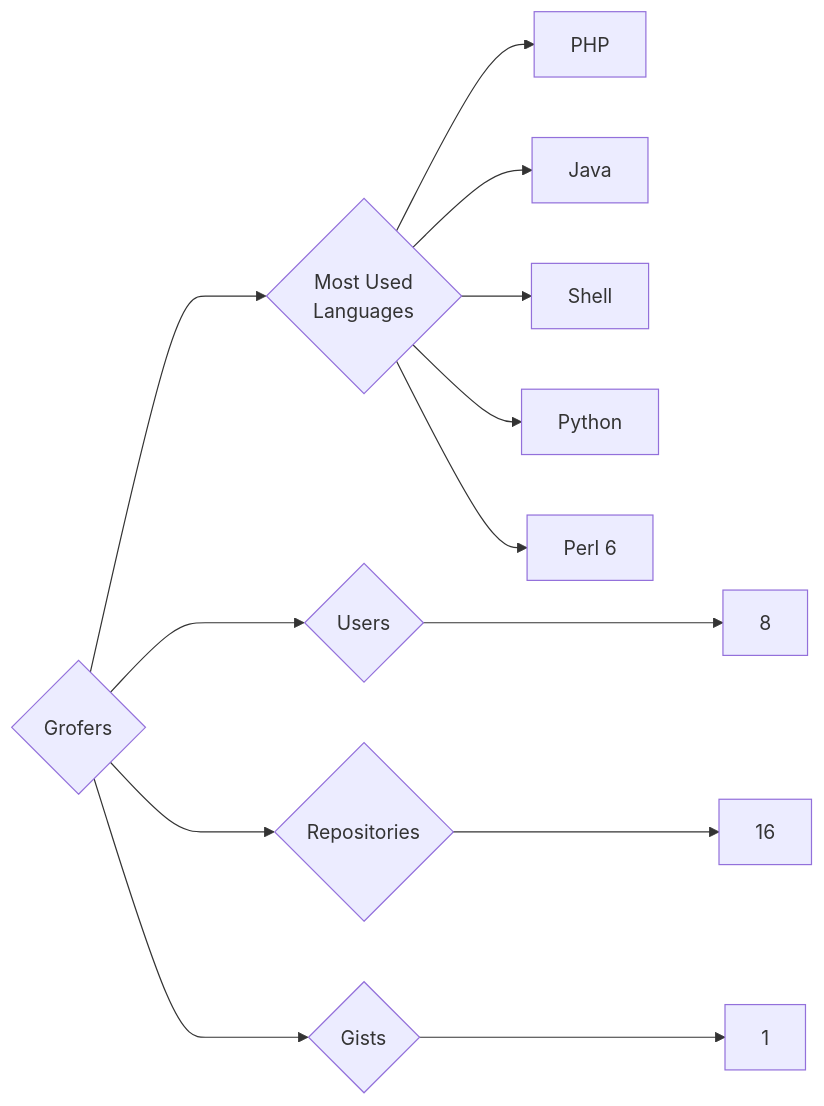
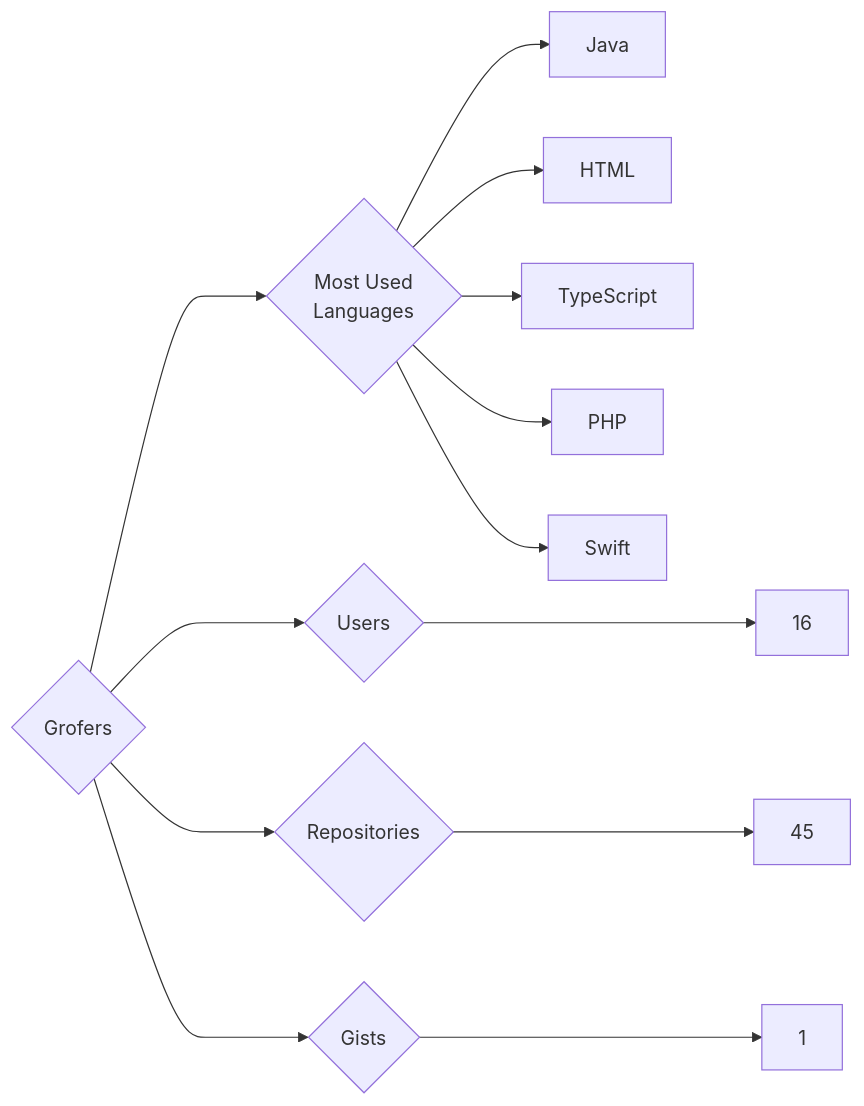
The diagram in targets/Grofers/README.md (trickest/insiders), drawn with Mermaid before and after one commit. The commit also changed 1088 other files, not shown here.

````diff
--- a/targets/Grofers/README.md
+++ b/targets/Grofers/README.md
@@ -3,13 +3,13 @@
 ```mermaid
 graph LR
 COMPANY_NAME{Grofers}
-COMPANY_NAME ---> U{Users} ---> UN[8]
-COMPANY_NAME ---> R{Repositories} ---> RN[16]
+COMPANY_NAME ---> U{Users} ---> UN[16]
+COMPANY_NAME ---> R{Repositories} ---> RN[45]
 COMPANY_NAME ---> G{Gists} ---> GN[1]
 COMPANY_NAME ---> ML{Most Used<br>Languages}
+ML --> Java[Java]
+ML --> HTML[HTML]
+ML --> TypeScript[TypeScript]
 ML --> PHP[PHP]
-ML --> Java[Java]
-ML --> Shell[Shell]
-ML --> Python[Python]
-ML --> Perl_6[Perl 6]
+ML --> Swift[Swift]
 ```
````
